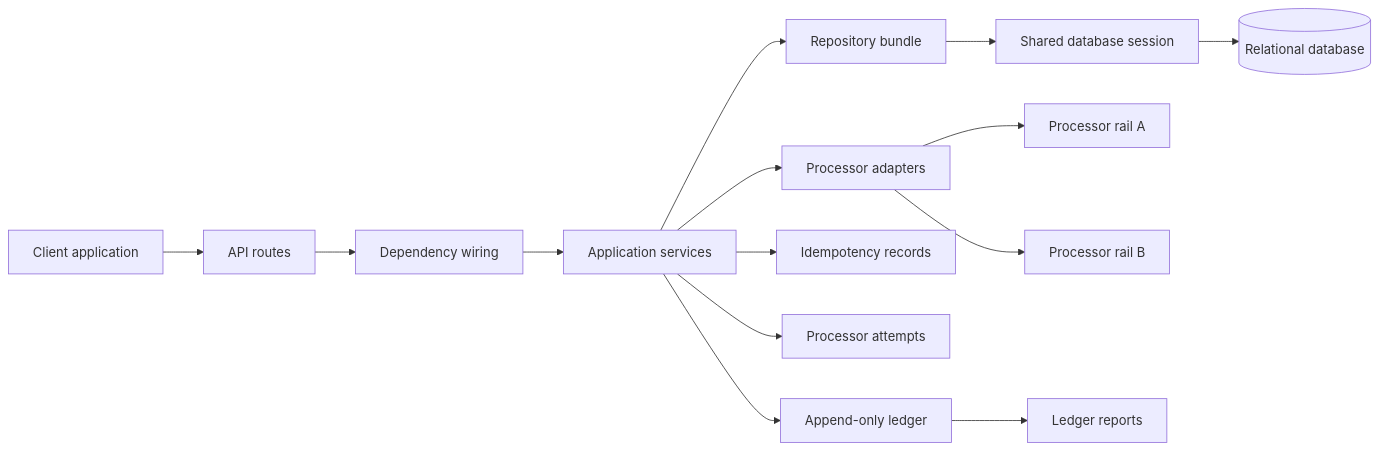
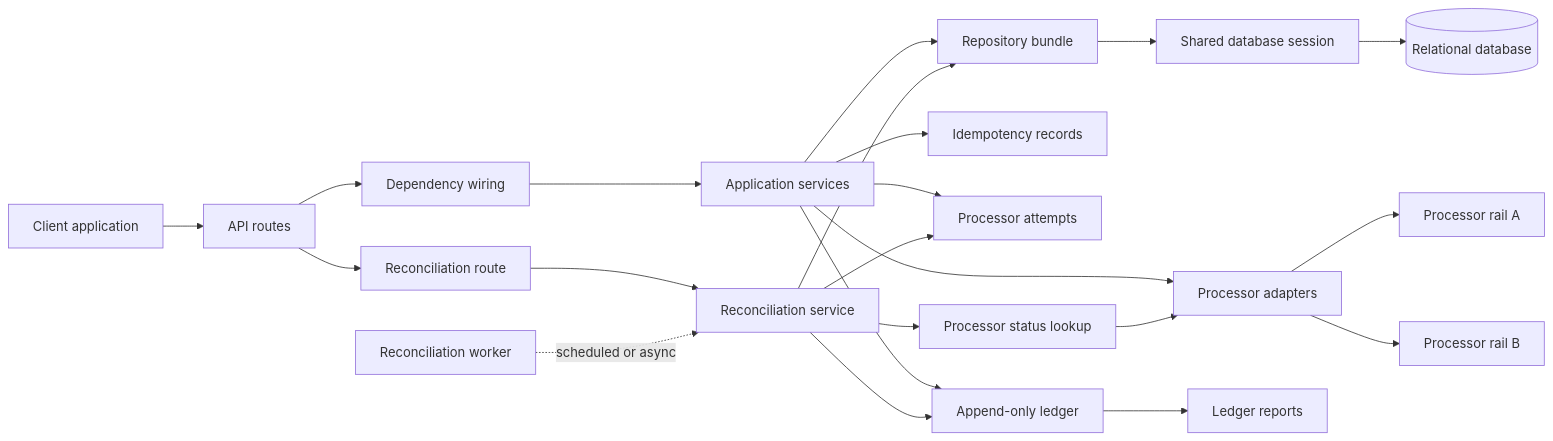
The diagram in README.md (TravJav/demo), drawn with Mermaid before and after one commit. The commit also changed other lines of this file, not shown here.

Commit message:
Show reconciliation worker path

````diff
--- a/README.md
+++ b/README.md
@@ -22,18 +22,27 @@
 ```mermaid
 flowchart LR
     client[Client application] --> routes[API routes]
     routes --> deps[Dependency wiring]
     deps --> services[Application services]
     services --> repos[Repository bundle]
     repos --> session[Shared database session]
     session --> db[(Relational database)]
 
     services --> adapters[Processor adapters]
     adapters --> processorA[Processor rail A]
     adapters --> processorB[Processor rail B]
 
     services --> idem[Idempotency records]
     services --> attempts[Processor attempts]
     services --> ledger[Append-only ledger]
     ledger --> reports[Ledger reports]
+
+    routes --> reconcileRoute[Reconciliation route]
+    reconcileRoute --> reconcileService[Reconciliation service]
+    reconcileService --> repos
+    reconcileService --> ledger
+    reconcileService --> attempts
+    reconcileWorker[Reconciliation worker] -. scheduled or async .-> reconcileService
+    reconcileService --> statusLookup[Processor status lookup]
+    statusLookup --> adapters
 ```
````
